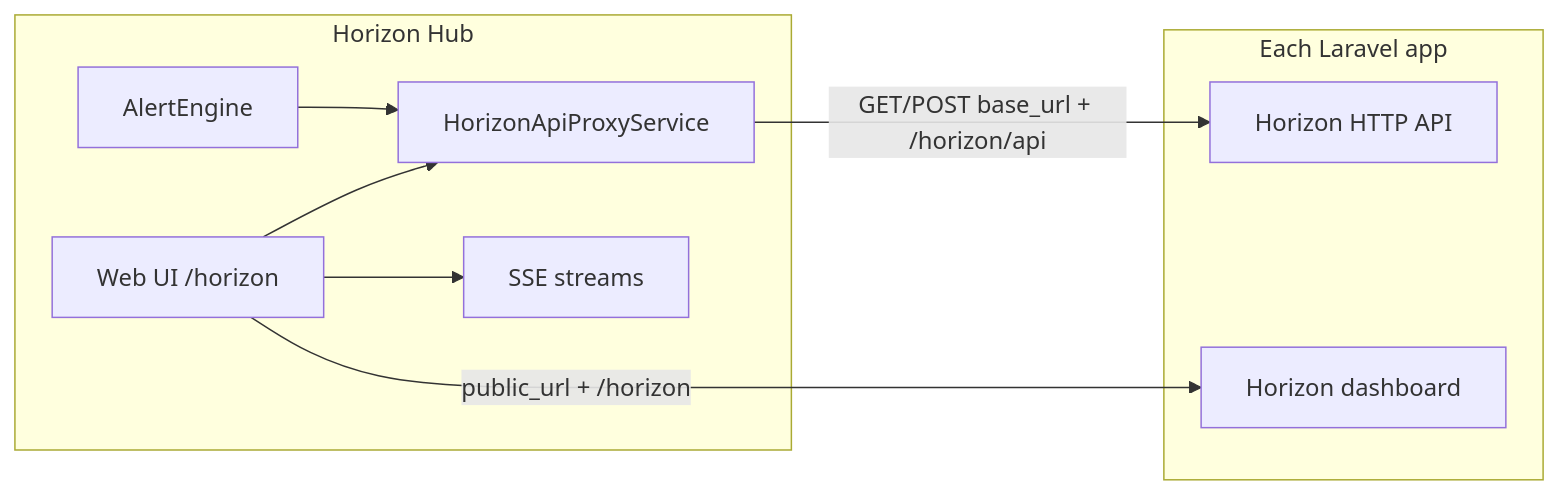
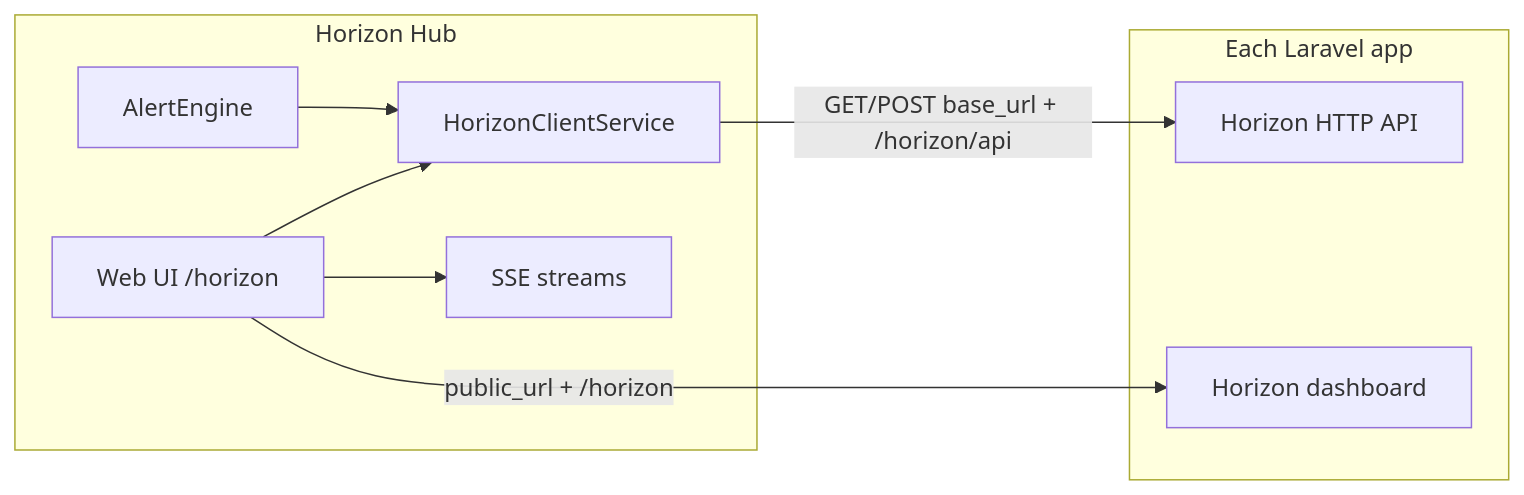
The diagram in docs/horizonhub.md (enegalan/horizonhub), drawn with Mermaid before and after one commit. The commit also changed other lines of this file and 109 other files, not shown here.

````diff
--- a/docs/horizonhub.md
+++ b/docs/horizonhub.md
@@ -75,18 +75,18 @@
 ```mermaid
 flowchart LR
     subgraph hub [Horizon Hub]
         UI[Web UI /horizon]
-        Proxy[HorizonApiProxyService]
+        Proxy[HorizonClientService]
         Alerts[AlertEngine]
         SSE[SSE streams]
     end
     subgraph remote [Each Laravel app]
         HorizonAPI[Horizon HTTP API]
         HorizonUI[Horizon dashboard]
     end
     UI --> Proxy
     UI --> SSE
     Alerts --> Proxy
     Proxy -->|"GET/POST base_url + /horizon/api"| HorizonAPI
     UI -->|"public_url + /horizon"| HorizonUI
 ```
````
